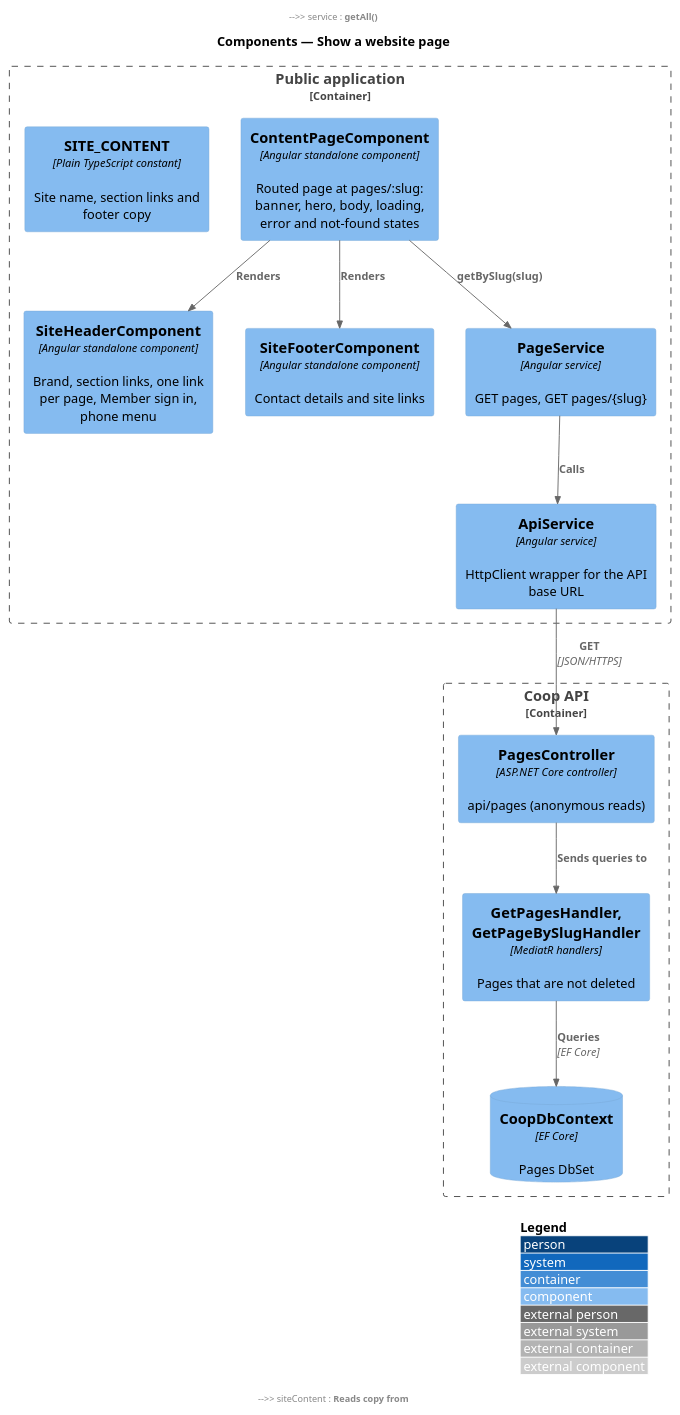
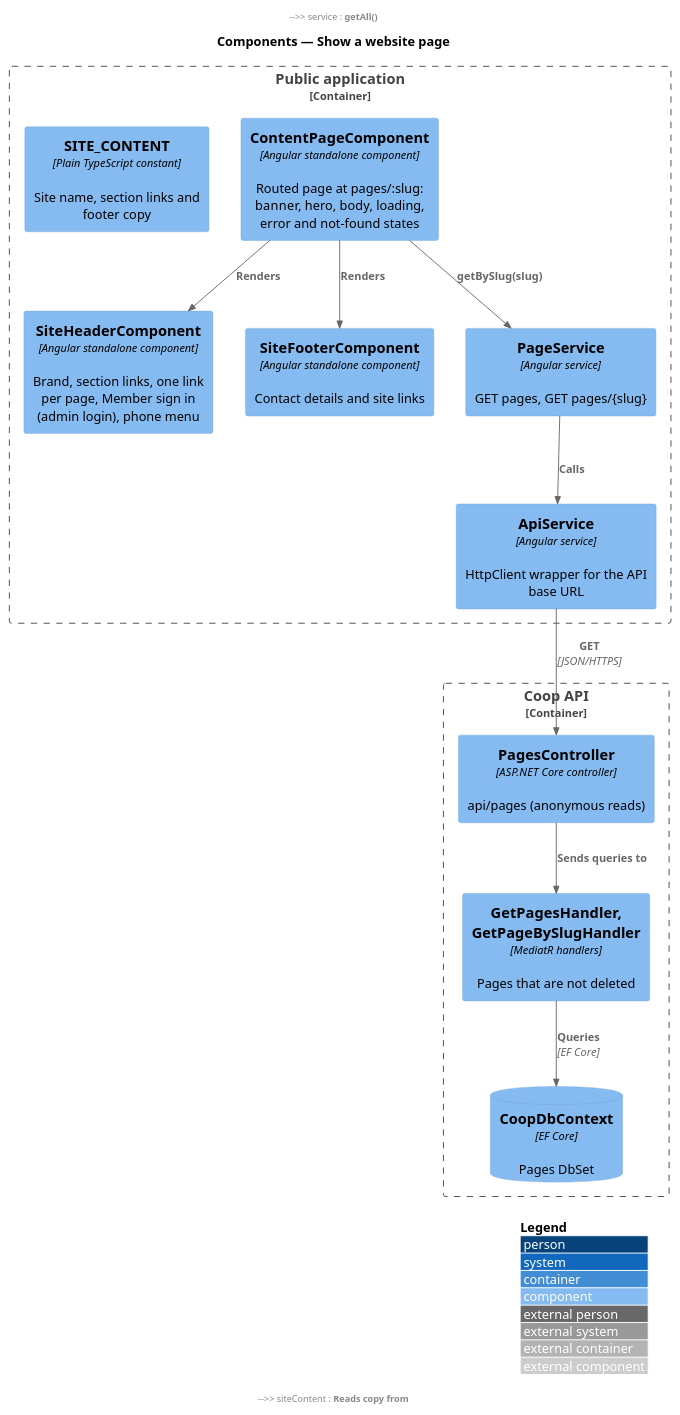
Before and after one commit to QuinntyneBrown/Coop: the diagram in docs/detailed-designs/public-app/show-content-page/diagrams/c4-component.puml, drawn with PlantUML. The commit also changed 17 other files, not shown here.

First line of the commit message:
Specify members signing in on the admin site: L1/L2, detailed design and ADR 0010

```diff
--- a/docs/detailed-designs/public-app/show-content-page/diagrams/c4-component.puml
+++ b/docs/detailed-designs/public-app/show-content-page/diagrams/c4-component.puml
@@ -1,29 +1,29 @@
 @startuml
 !include <C4/C4_Component>
 LAYOUT_WITH_LEGEND()
 title Components — Show a website page
 
 Container_Boundary(publicApp, "Public application") {
   Component(content, "ContentPageComponent", "Angular standalone component", "Routed page at pages/:slug: banner, hero, body, loading, error and not-found states")
-  Component(header, "SiteHeaderComponent", "Angular standalone component", "Brand, section links, one link per page, Member sign in, phone menu")
+  Component(header, "SiteHeaderComponent", "Angular standalone component", "Brand, section links, one link per page, Member sign in (admin login), phone menu")
   Component(footer, "SiteFooterComponent", "Angular standalone component", "Contact details and site links")
   Component(siteContent, "SITE_CONTENT", "Plain TypeScript constant", "Site name, section links and footer copy")
   Component(service, "PageService", "Angular service", "GET pages, GET pages/{slug}")
   Component(apiService, "ApiService", "Angular service", "HttpClient wrapper for the API base URL")
 }
 Container_Boundary(api, "Coop API") {
   Component(controller, "PagesController", "ASP.NET Core controller", "api/pages (anonymous reads)")
   Component(handlers, "GetPagesHandler, GetPageBySlugHandler", "MediatR handlers", "Pages that are not deleted")
   ComponentDb(db, "CoopDbContext", "EF Core", "Pages DbSet")
 }
 Rel(content, header, "Renders")
 Rel(content, footer, "Renders")
 Rel(header, siteContent, "Reads copy from")
 Rel(footer, siteContent, "Reads copy from")
 Rel(content, service, "getBySlug(slug)")
 Rel(header, service, "getAll()")
 Rel(service, apiService, "Calls")
 Rel(apiService, controller, "GET", "JSON/HTTPS")
 Rel(controller, handlers, "Sends queries to")
 Rel(handlers, db, "Queries", "EF Core")
 @enduml
```
